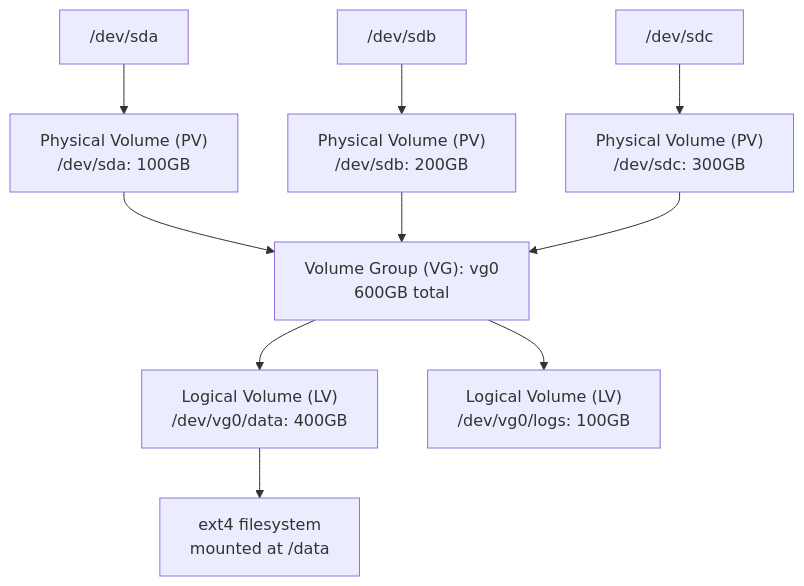
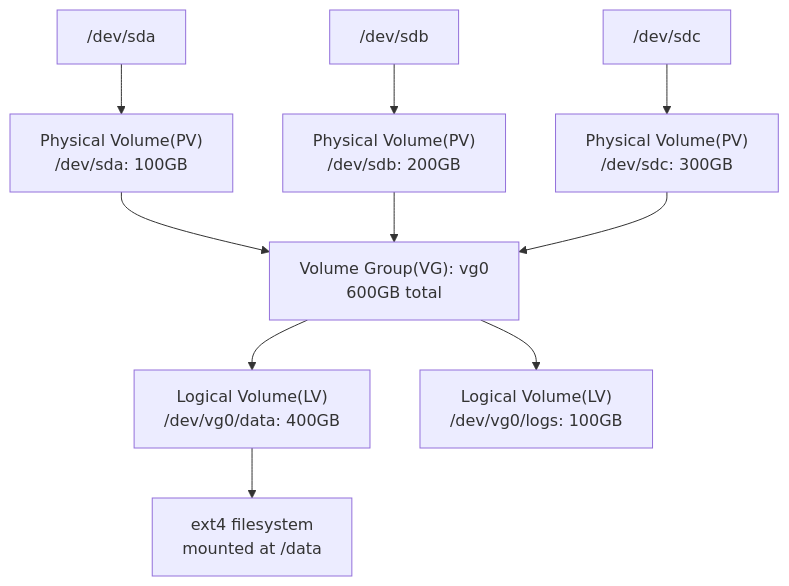
The diagram in content/questions/fundamentals/lvm-storage.md (pploc/swe-icon-the-moment), drawn with Mermaid before and after one commit. The commit also changed 138 other files, not shown here.

````diff
--- a/content/questions/fundamentals/lvm-storage.md
+++ b/content/questions/fundamentals/lvm-storage.md
@@ -18,11 +18,13 @@
 ```mermaid
 flowchart TB
     D1["/dev/sda"] & D2["/dev/sdb"] & D3["/dev/sdc"]
-    D1 --> PV1["Physical Volume (PV)\n/dev/sda: 100GB"]
-    D2 --> PV2["Physical Volume (PV)\n/dev/sdb: 200GB"]
-    D3 --> PV3["Physical Volume (PV)\n/dev/sdc: 300GB"]
-    PV1 & PV2 & PV3 --> VG["Volume Group (VG): vg0\n600GB total"]
-    VG --> LV1["Logical Volume (LV)\n/dev/vg0/data: 400GB"]
-    VG --> LV2["Logical Volume (LV)\n/dev/vg0/logs: 100GB"]
+    D1 --> PV1["Physical Volume(PV)\n/dev/sda: 100GB"]
+    D2 --> PV2["Physical Volume(PV)\n/dev/sdb: 200GB"]
+    D3 --> PV3["Physical Volume(PV)\n/dev/sdc: 300GB"]
+    PV1 & PV2 & PV3 --> VG["Volume Group(VG): vg0\n600GB total"]
+    VG --> LV1["Logical Volume(LV)\n/dev/vg0/data: 400GB"]
+    VG --> LV2["Logical Volume(LV)\n/dev/vg0/logs: 100GB"]
     LV1 --> FS["ext4 filesystem\nmounted at /data"]
+
+
 ```
````
